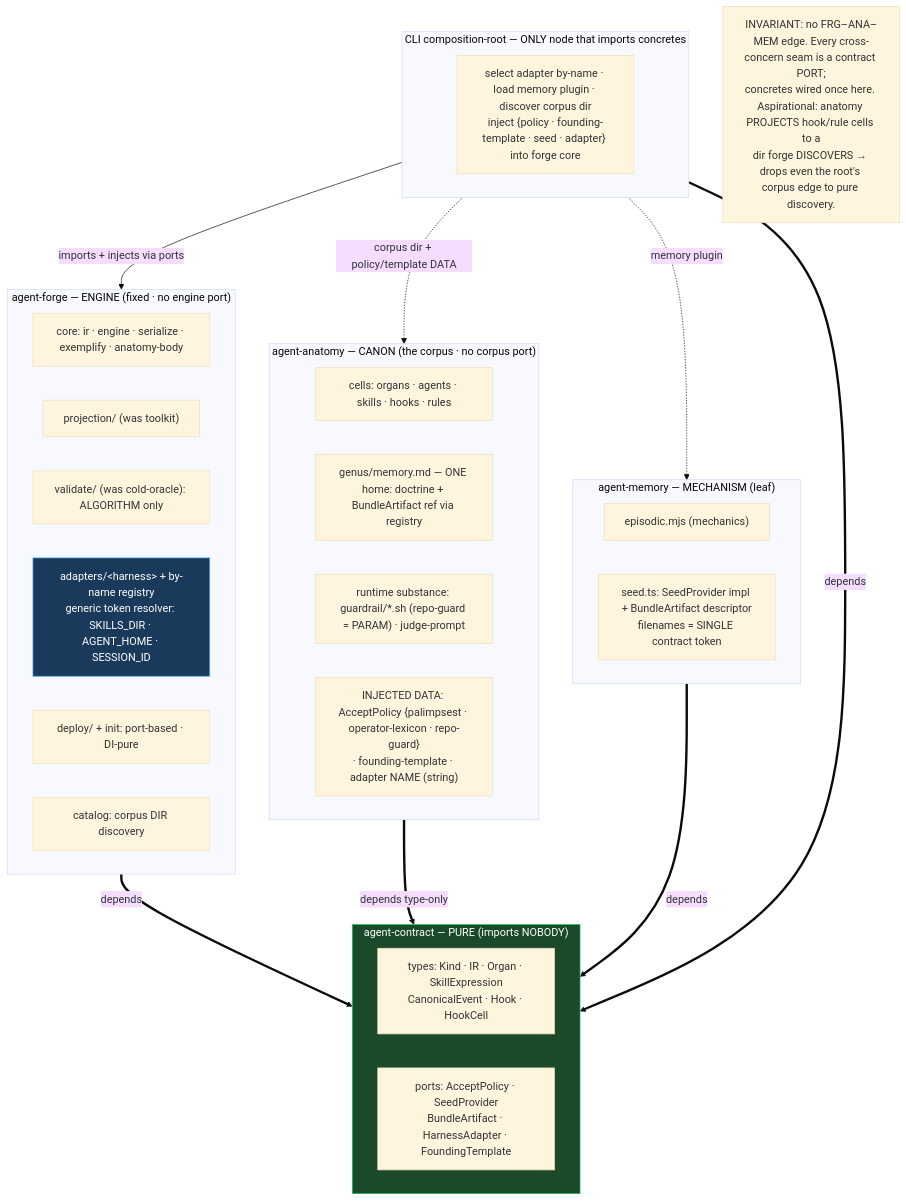
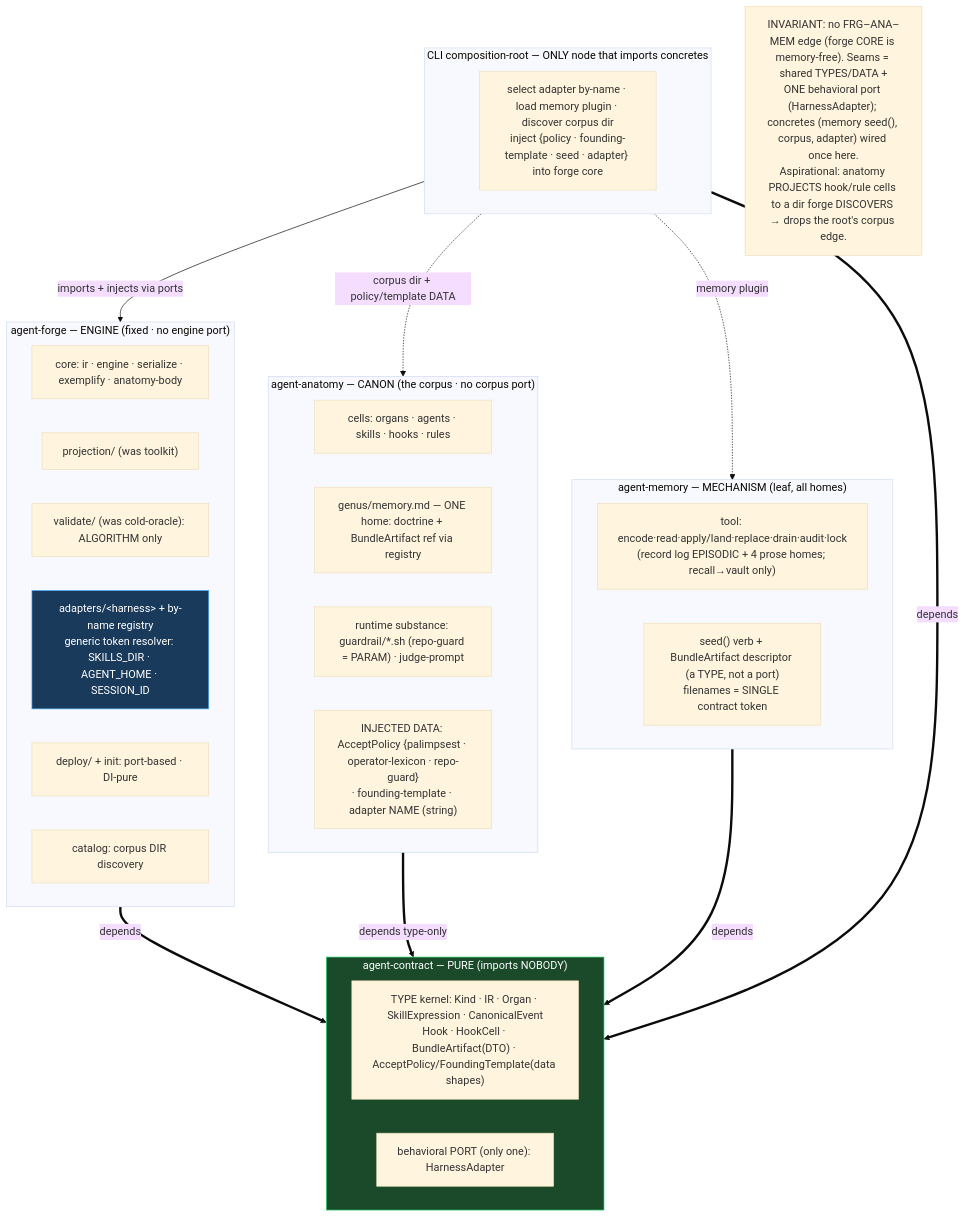
Before and after one commit to leclabs/cratylus: the second of 4 diagrams in plans/north-star-architecture/DIAGRAM.md, drawn with Mermaid (base theme). The commit also changed other lines of this file and 2 other files, not shown here.

First line of the commit message:
docs(north-star): round-4 — memory F1-F6, port surface 5->1, reconcile

````diff
--- a/plans/north-star-architecture/DIAGRAM.md
+++ b/plans/north-star-architecture/DIAGRAM.md
@@ -51,46 +51,46 @@
 ```mermaid
 flowchart TB
   subgraph CON["agent-contract — PURE (imports NOBODY)"]
-    types["types: Kind · IR · Organ · SkillExpression<br/>CanonicalEvent · Hook · HookCell"]
-    ports["ports: AcceptPolicy · SeedProvider<br/>BundleArtifact · HarnessAdapter · FoundingTemplate"]
+    types["TYPE kernel: Kind · IR · Organ · SkillExpression · CanonicalEvent<br/>Hook · HookCell · BundleArtifact(DTO) · AcceptPolicy/FoundingTemplate(data shapes)"]
+    ports["behavioral PORT (only one): HarnessAdapter"]
   end
 
   subgraph FRG["agent-forge — ENGINE (fixed · no engine port)"]
     core["core: ir · engine · serialize · exemplify · anatomy-body"]
     projection["projection/ (was toolkit)"]
     validate["validate/ (was cold-oracle): ALGORITHM only"]
     adpt["adapters/&lt;harness&gt; + by-name registry<br/>generic token resolver: SKILLS_DIR · AGENT_HOME · SESSION_ID"]:::fix
     deploy["deploy/ + init: port-based · DI-pure"]
     catalog["catalog: corpus DIR discovery"]
   end
 
   subgraph ANA["agent-anatomy — CANON (the corpus · no corpus port)"]
     cells["cells: organs · agents · skills · hooks · rules"]
     genus["genus/memory.md — ONE home: doctrine + BundleArtifact ref via registry"]
     runtime["runtime substance: guardrail/*.sh (repo-guard = PARAM) · judge-prompt"]
     data["INJECTED DATA: AcceptPolicy {palimpsest · operator-lexicon · repo-guard}<br/>· founding-template · adapter NAME (string)"]
   end
 
-  subgraph MEM["agent-memory — MECHANISM (leaf)"]
-    tool["episodic.mjs (mechanics)"]
-    seed["seed.ts: SeedProvider impl + BundleArtifact descriptor<br/>filenames = SINGLE contract token"]
+  subgraph MEM["agent-memory — MECHANISM (leaf, all homes)"]
+    tool["tool: encode·read·apply/land·replace·drain·audit·lock<br/>(record log EPISODIC + 4 prose homes; recall→vault only)"]
+    seed["seed() verb + BundleArtifact descriptor (a TYPE, not a port)<br/>filenames = SINGLE contract token"]
   end
 
   subgraph ROOT["CLI composition-root — ONLY node that imports concretes"]
     wire["select adapter by-name · load memory plugin · discover corpus dir<br/>inject {policy · founding-template · seed · adapter} into forge core"]
   end
 
   FRG ==>|depends| CON
   ANA ==>|depends type-only| CON
   MEM ==>|depends| CON
   ROOT ==>|depends| CON
   ROOT -->|imports + injects via ports| FRG
   ROOT -.->|corpus dir + policy/template DATA| ANA
   ROOT -.->|memory plugin| MEM
 
-  note["INVARIANT: no FRG–ANA–MEM edge. Every cross-concern seam is a contract PORT;<br/>concretes wired once here. Aspirational: anatomy PROJECTS hook/rule cells to a<br/>dir forge DISCOVERS → drops even the root's corpus edge to pure discovery."]
+  note["INVARIANT: no FRG–ANA–MEM edge (forge CORE is memory-free). Seams = shared TYPES/DATA +<br/>ONE behavioral port (HarnessAdapter); concretes (memory seed(), corpus, adapter) wired once here.<br/>Aspirational: anatomy PROJECTS hook/rule cells to a dir forge DISCOVERS → drops the root's corpus edge."]
 
   classDef fix fill:#1a3a5b,stroke:#4af,color:#fff;
   classDef pure fill:#1a4a2a,stroke:#2c6,color:#fff;
   class CON pure;
 ```
````
